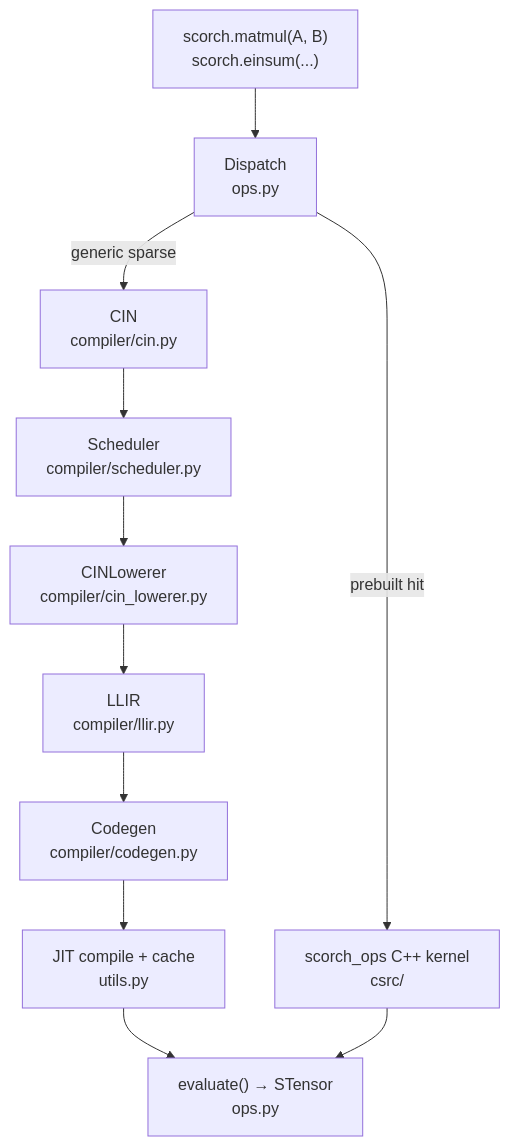
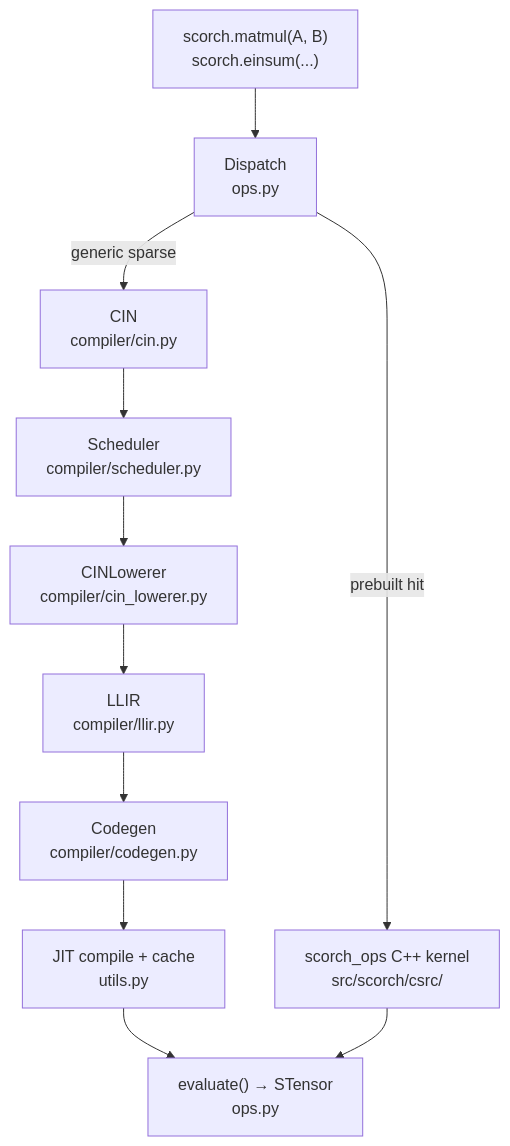
One commit to bobbyyyan/scorch changed the diagram in docs/source/development/architecture.md. Above: the diagram before and after it, drawn with Mermaid. The commit also changed other lines of this file and 33 other files, not shown here.

````diff
--- a/docs/source/development/architecture.md
+++ b/docs/source/development/architecture.md
@@ -182,13 +184,13 @@
 ```{mermaid}
 flowchart TD
     U["scorch.matmul(A, B)<br/>scorch.einsum(...)"] --> D
-    D["Dispatch<br/>ops.py"] -->|prebuilt hit| K["scorch_ops C++ kernel<br/>csrc/"]
+    D["Dispatch<br/>ops.py"] -->|prebuilt hit| K["scorch_ops C++ kernel<br/>src/scorch/csrc/"]
     D -->|generic sparse| C["CIN<br/>compiler/cin.py"]
     C --> S["Scheduler<br/>compiler/scheduler.py"]
     S --> L["CINLowerer<br/>compiler/cin_lowerer.py"]
     L --> LL["LLIR<br/>compiler/llir.py"]
     LL --> CG["Codegen<br/>compiler/codegen.py"]
     CG --> J["JIT compile + cache<br/>utils.py"]
     J --> E["evaluate() → STensor<br/>ops.py"]
     K --> E
 ```
````
